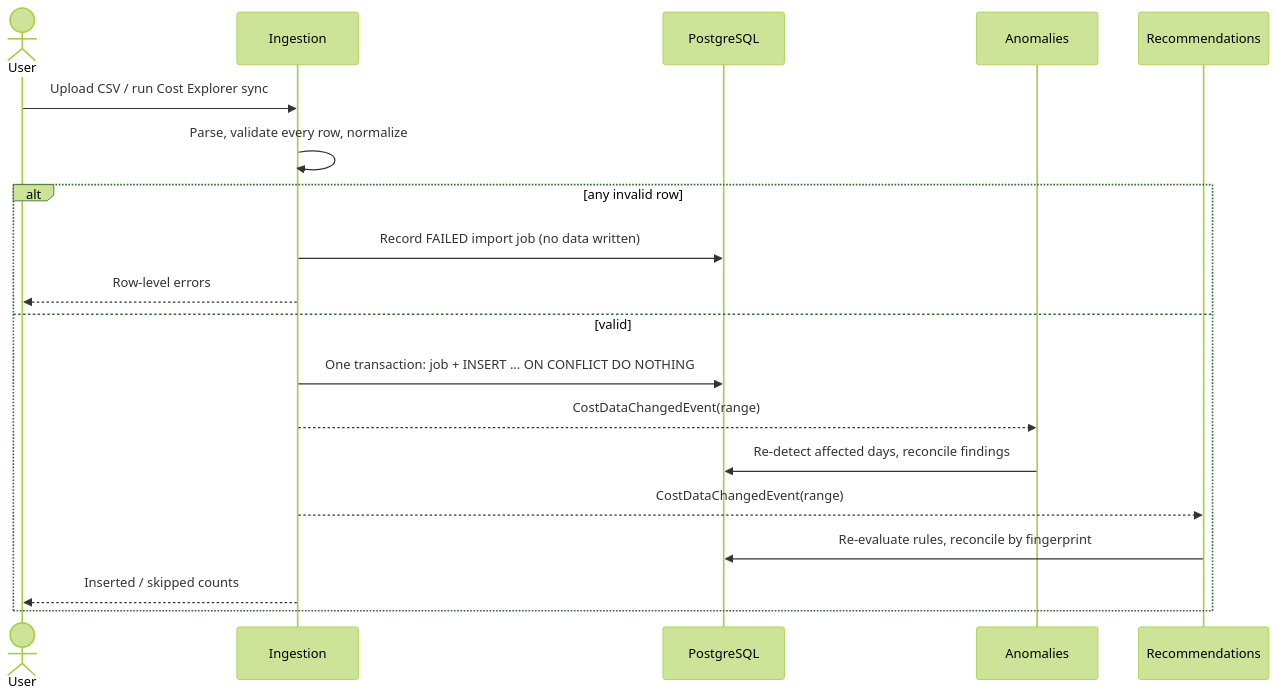
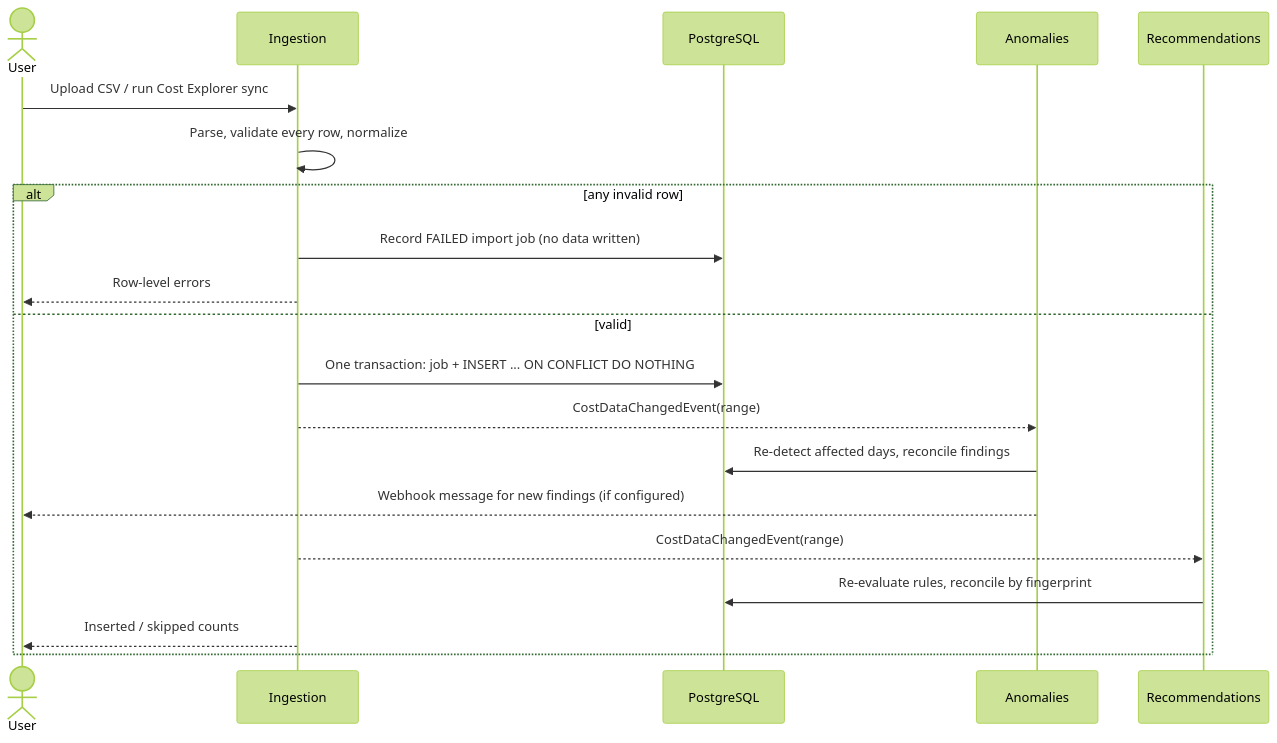
The second of 4 diagrams in docs/architecture.md (Kesnath07/cloud-cost-intelligence-platform), drawn with Mermaid (forest theme) before and after one commit. The commit also changed other lines of this file and 4 other files, not shown here.

````diff
--- a/docs/architecture.md
+++ b/docs/architecture.md
@@ -73,22 +77,23 @@
 ```mermaid
 sequenceDiagram
     actor User
     participant Ingestion
     participant DB as PostgreSQL
     participant Anomalies
     participant Recommendations
 
     User->>Ingestion: Upload CSV / run Cost Explorer sync
     Ingestion->>Ingestion: Parse, validate every row, normalize
     alt any invalid row
         Ingestion->>DB: Record FAILED import job (no data written)
         Ingestion-->>User: Row-level errors
     else valid
         Ingestion->>DB: One transaction: job + INSERT ... ON CONFLICT DO NOTHING
         Ingestion-->>Anomalies: CostDataChangedEvent(range)
         Anomalies->>DB: Re-detect affected days, reconcile findings
+        Anomalies-->>User: Webhook message for new findings (if configured)
         Ingestion-->>Recommendations: CostDataChangedEvent(range)
         Recommendations->>DB: Re-evaluate rules, reconcile by fingerprint
         Ingestion-->>User: Inserted / skipped counts
     end
 ```
````
